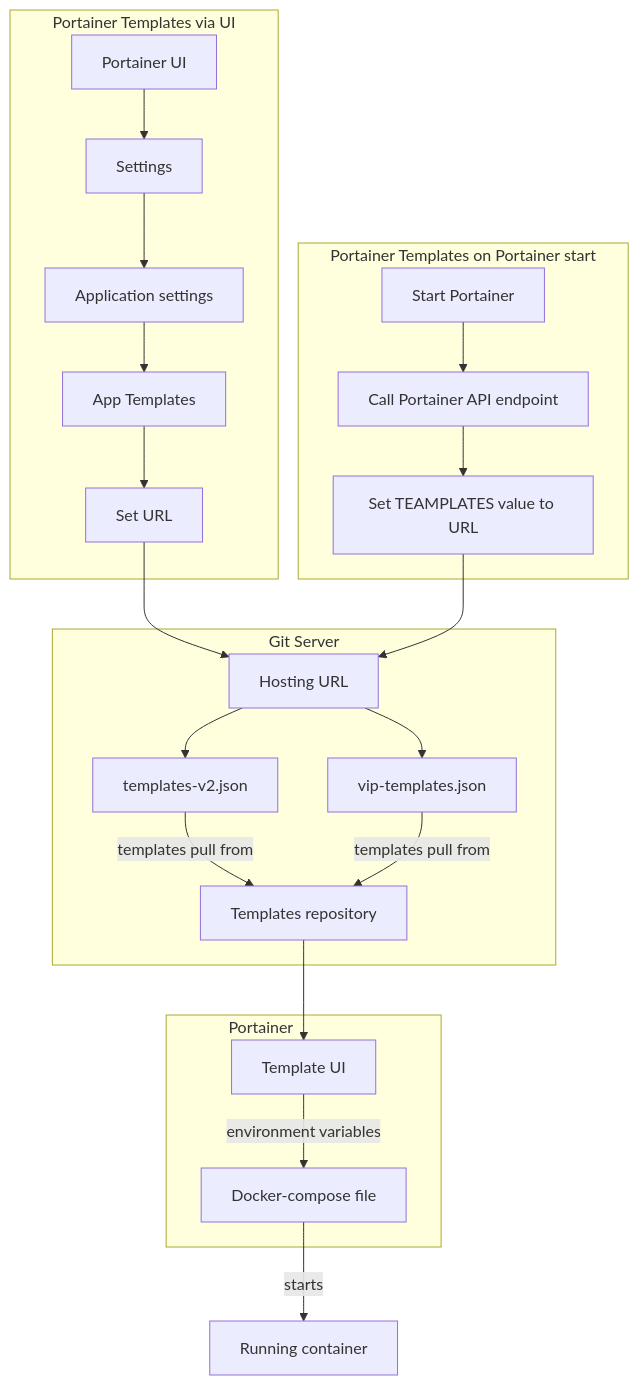
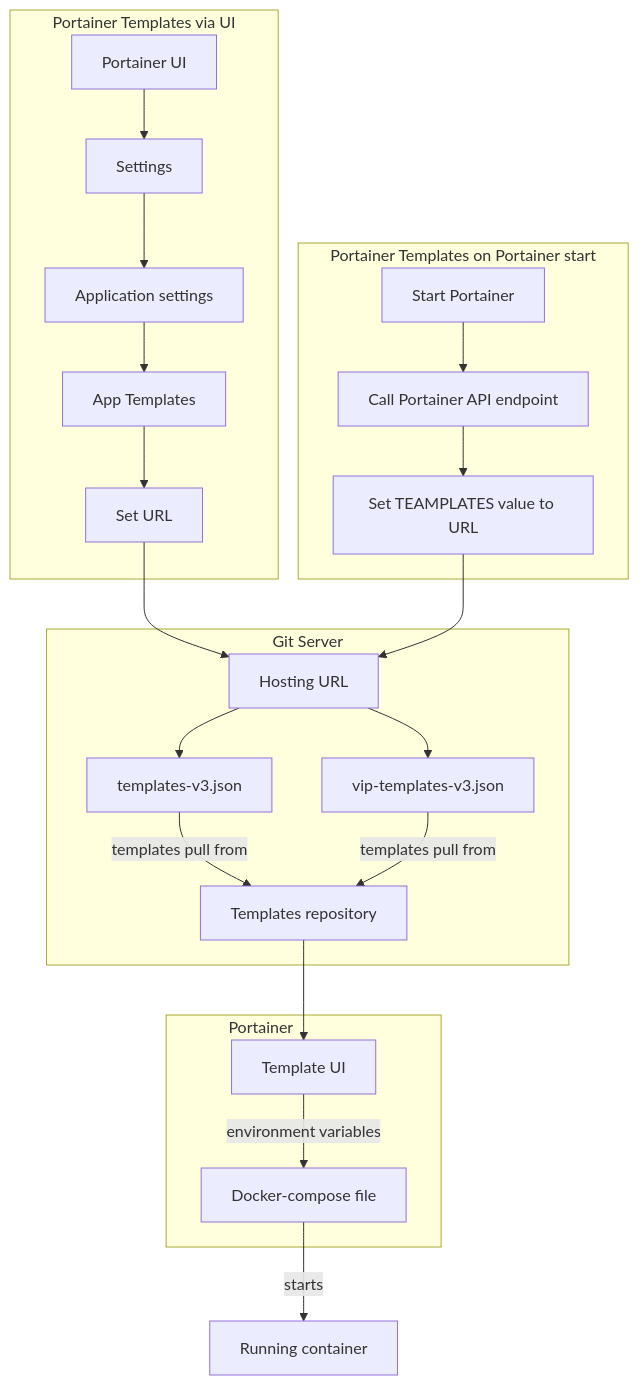
Before and after one commit to TelosAlliance/portainer_templates: the diagram in README.md, drawn with Mermaid. The commit also changed other lines of this file and 1 other file, not shown here.

Commit message:
Update readme for v3 templates

````diff
--- a/README.md
+++ b/README.md
@@ -19,44 +19,44 @@
 ```mermaid
 flowchart TD
 
     subgraph Portainer Templates via UI
     PortUi[Portainer UI]
     PortSet[Settings]
     AppSet[Application settings]
     AppTemp[App Templates]
     SetUrl[Set URL]
     end
     PortUi --> PortSet
     PortSet --> AppSet
     AppSet --> AppTemp
     AppTemp --> SetUrl
     SetUrl --> HUrl
 
     subgraph Portainer Templates on Portainer start
     StPort[Start Portainer]
     PortAPI[Call Portainer API endpoint]
     PortApiSet[Set TEAMPLATES value to URL]
     end
     StPort --> PortAPI
     PortAPI --> PortApiSet
     PortApiSet --> HUrl
 
     subgraph Git Server
     TempRepo[Templates repository]
-    Json1[templates-v2.json]
-    Json2[vip-templates.json] 
+    Json1[templates-v3.json]
+    Json2[vip-templates-v3.json] 
     HUrl[Hosting URL]
     end
     HUrl --> Json1 & Json2 
     Json1 & Json2 --> |templates pull from| TempRepo
 
     subgraph Portainer&nbsp&nbsp&nbsp&nbsp&nbsp&nbsp&nbsp&nbsp&nbsp&nbsp&nbsp&nbsp&nbsp&nbsp&nbsp&nbsp&nbsp&nbsp&nbsp&nbsp&nbsp
     TempUi[Template UI]
     CompFile[Docker-compose file]
     TempRepo --> TempUi
     TempUi--> |environment variables| CompFile
     end
 
     RC[Running container]
     CompFile --> |starts| RC
 ```
````
